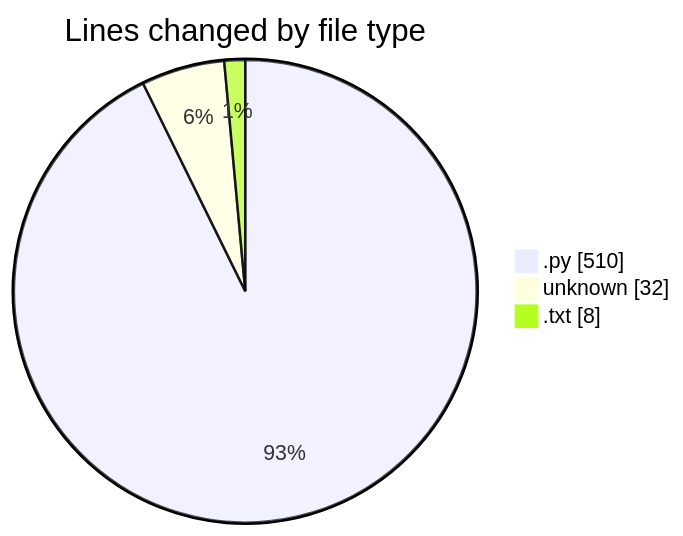
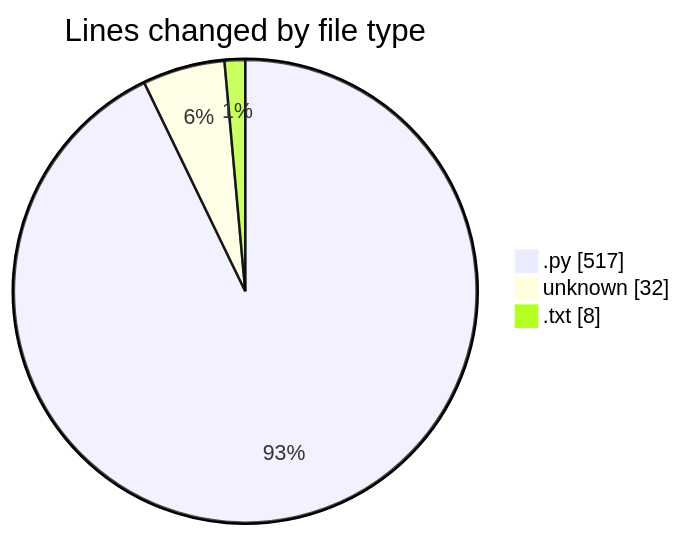
Before and after one commit to momahboobian/code-tracking: the first of 2 diagrams in 2026-09-18/video-downloader/README.md, drawn with Mermaid. The commit also changed other lines of this file and 1 other file, not shown here.

````diff
--- a/2026-09-18/video-downloader/README.md
+++ b/2026-09-18/video-downloader/README.md
@@ -24,7 +24,7 @@
 ```mermaid
 pie showData
 title Lines changed by file type
-".py" : 510
+".py" : 517
 "unknown" : 32
 ".txt" : 8
 ```
````
